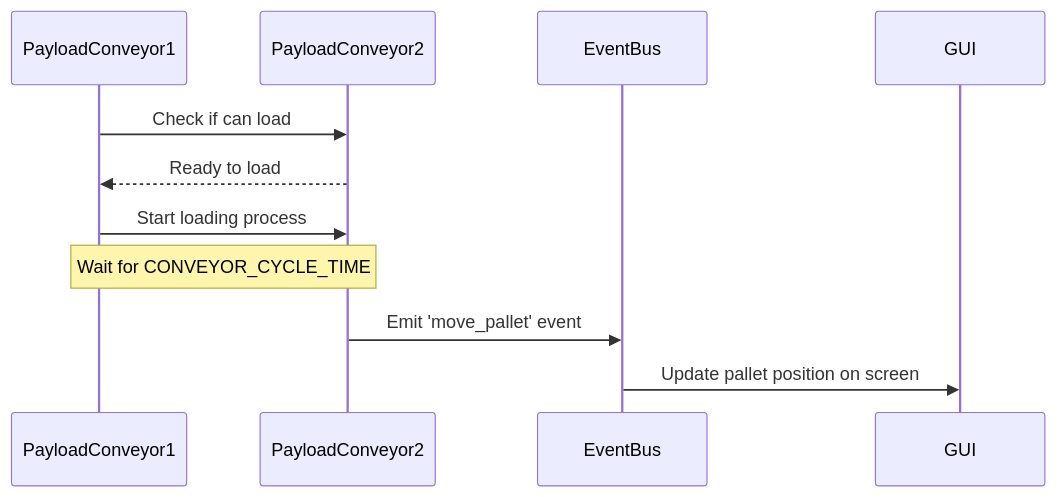
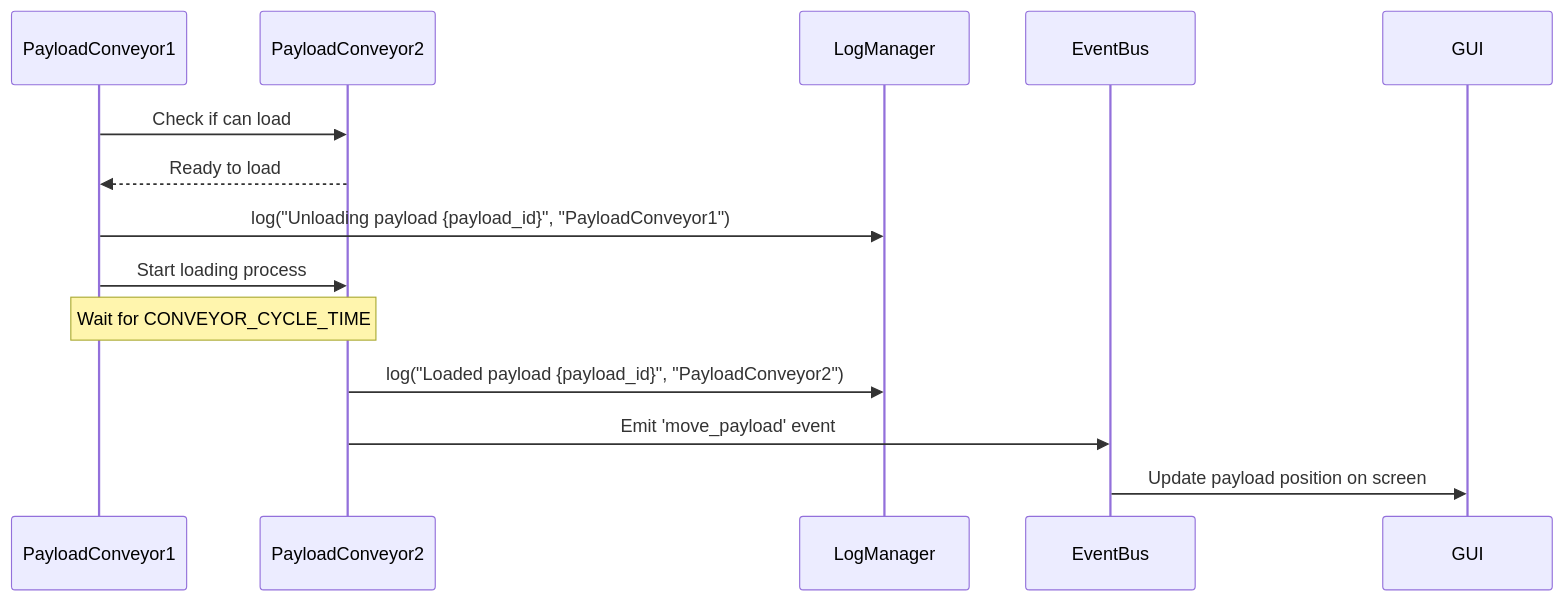
The first of 2 diagrams in docs/simulation-flow.md (joonaMakiKorte/MaterialFlow), drawn with Mermaid before and after one commit. The commit also changed other lines of this file, not shown here.

Commit message:
Update documentation for payload movement sequence

````diff
--- a/docs/simulation-flow.md
+++ b/docs/simulation-flow.md
@@ -9,14 +9,20 @@
 ```mermaid
 sequenceDiagram
     participant PayloadConveyor1
     participant PayloadConveyor2
+    participant LogManager
     participant EventBus
     participant GUI
 
     PayloadConveyor1->>PayloadConveyor2: Check if can load
     PayloadConveyor2-->>PayloadConveyor1: Ready to load
+
+    PayloadConveyor1->>LogManager: log("Unloading payload {payload_id}", "PayloadConveyor1")
     PayloadConveyor1->>PayloadConveyor2: Start loading process
+    
     Note over PayloadConveyor1,PayloadConveyor2: Wait for CONVEYOR_CYCLE_TIME
-    PayloadConveyor2->>EventBus: Emit 'move_pallet' event
-    EventBus->>GUI: Update pallet position on screen
+
+    PayloadConveyor2->>LogManager: log("Loaded payload {payload_id}", "PayloadConveyor2")
+    PayloadConveyor2->>EventBus: Emit 'move_payload' event
+    EventBus->>GUI: Update payload position on screen
 ```
````
